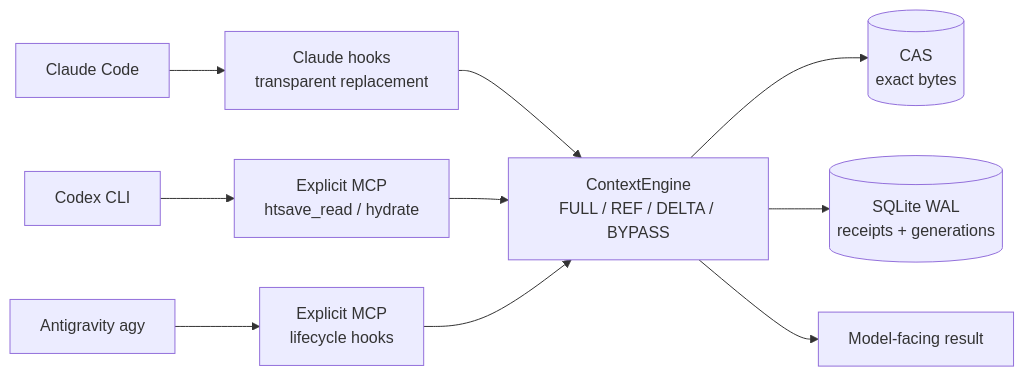
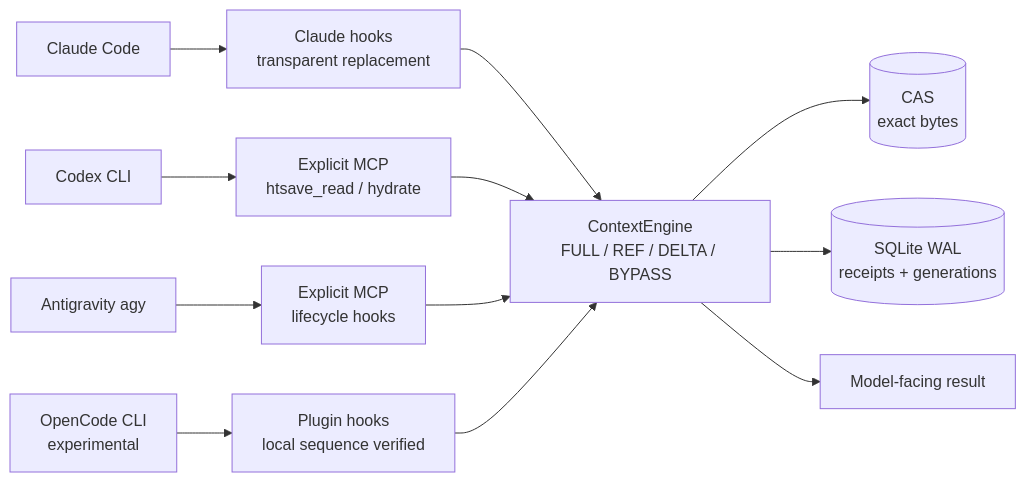
The diagram in README.md (ChingFuHan/htsave), drawn with Mermaid before and after one commit. The commit also changed other lines of this file and 43 other files, not shown here.

First line of the commit message:
feat: ship Claude Code as a plugin and add experimental OpenCode adapter

````diff
--- a/README.md
+++ b/README.md
@@ -35,12 +38,14 @@
 ```mermaid
 flowchart LR
     C[Claude Code] --> CH[Claude hooks<br/>transparent replacement]
     X[Codex CLI] --> XM[Explicit MCP<br/>htsave_read / hydrate]
     A[Antigravity agy] --> AM[Explicit MCP<br/>lifecycle hooks]
+    OC[OpenCode CLI<br/>experimental] --> OCH[Plugin hooks<br/>local sequence verified]
     CH --> E[ContextEngine<br/>FULL / REF / DELTA / BYPASS]
     XM --> E
     AM --> E
+    OCH --> E
     E --> S[(CAS<br/>exact bytes)]
     E --> R[(SQLite WAL<br/>receipts + generations)]
-    E --> O[Model-facing result]
+    E --> M[Model-facing result]
 ```
````
